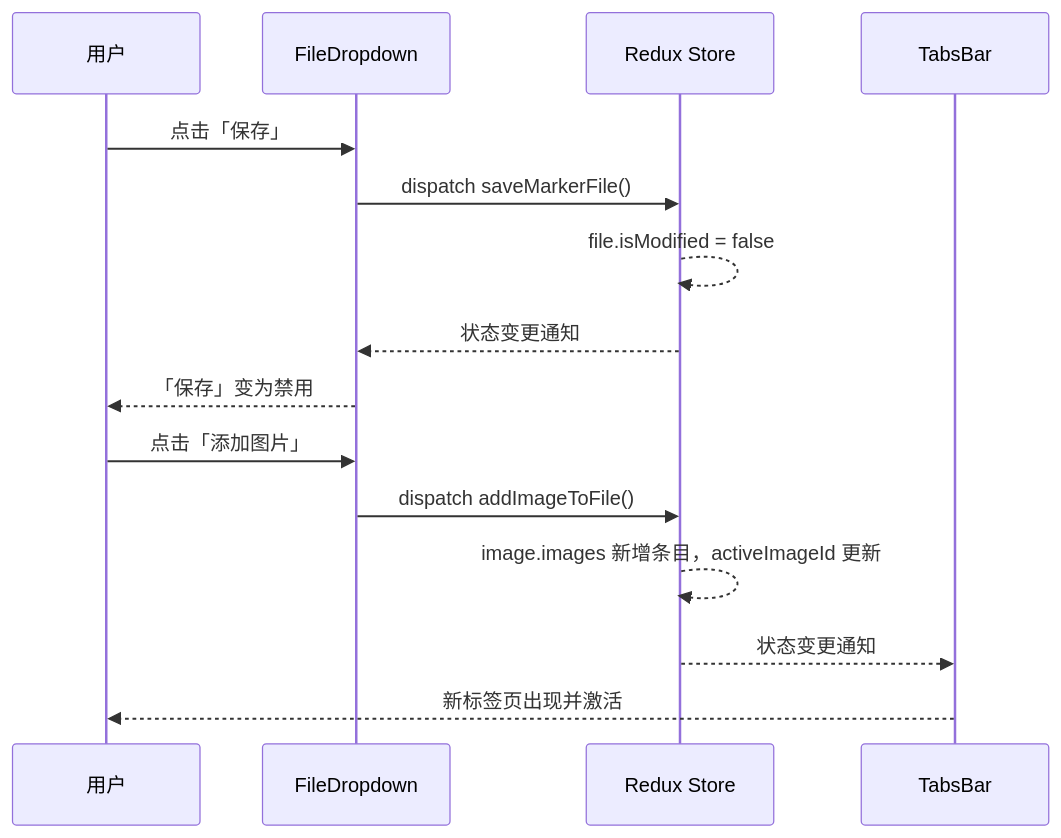
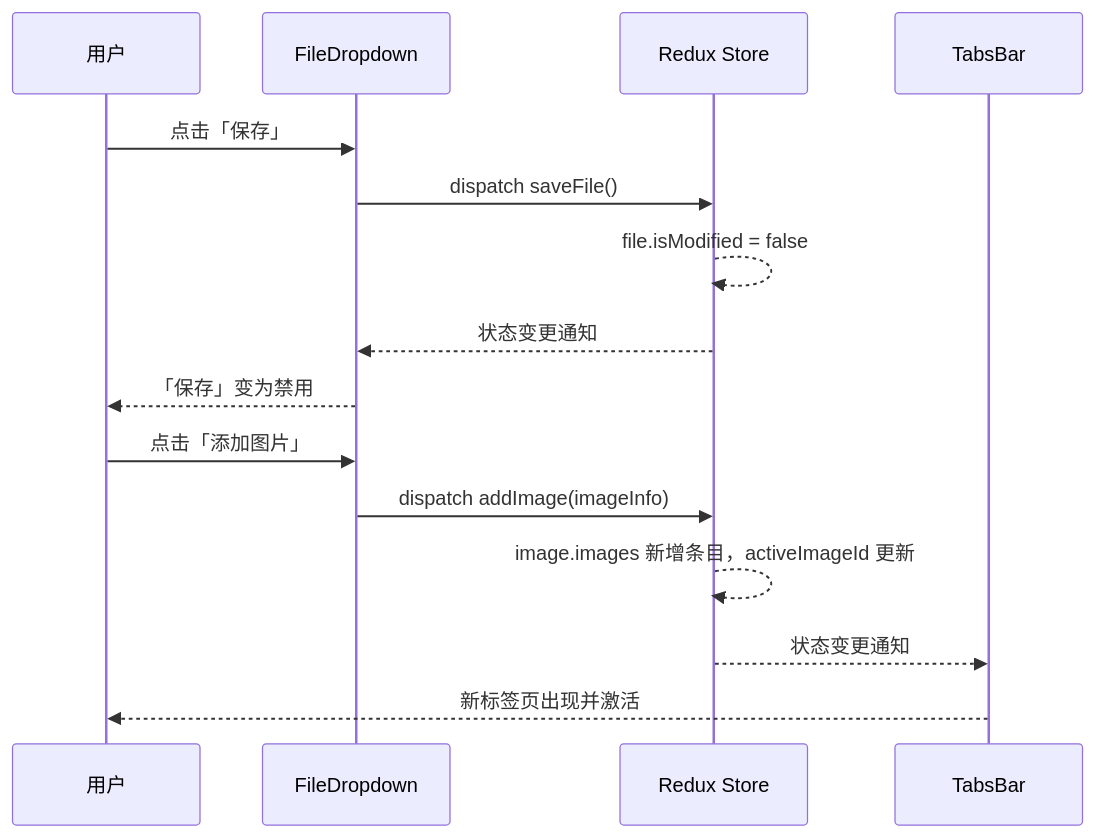
Before and after one commit to kampfer/trae-image-marker: the second of 11 diagrams in doc/技术设计/03-表现层设计.md, drawn with Mermaid. The commit also changed other lines of this file and 5 other files, not shown here.

````diff
--- a/doc/技术设计/03-表现层设计.md
+++ b/doc/技术设计/03-表现层设计.md
@@ -146,19 +146,19 @@
 ```mermaid
 sequenceDiagram
     participant User as 用户
     participant FileDropdown as FileDropdown
     participant Redux as Redux Store
     participant TabsBar as TabsBar
 
     User->>FileDropdown: 点击「保存」
-    FileDropdown->>Redux: dispatch saveMarkerFile()
+    FileDropdown->>Redux: dispatch saveFile()
     Redux-->>Redux: file.isModified = false
     Redux-->>FileDropdown: 状态变更通知
     FileDropdown-->>User: 「保存」变为禁用
 
     User->>FileDropdown: 点击「添加图片」
-    FileDropdown->>Redux: dispatch addImageToFile()
+    FileDropdown->>Redux: dispatch addImage(imageInfo)
     Redux-->>Redux: image.images 新增条目，activeImageId 更新
     Redux-->>TabsBar: 状态变更通知
     TabsBar-->>User: 新标签页出现并激活
 ```
````
